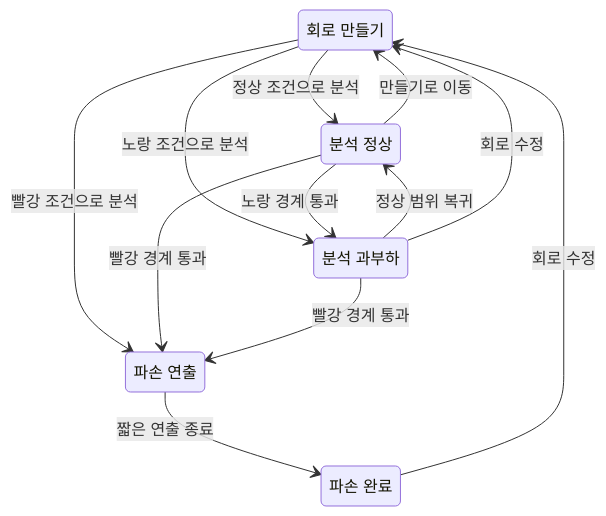
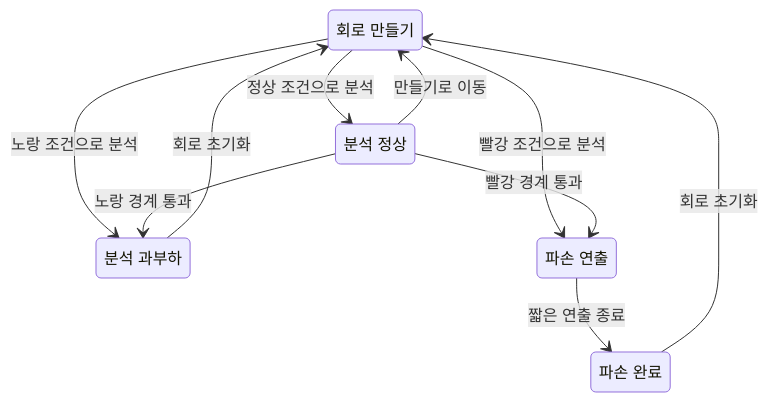
One commit to Cho-WH/circuit changed the diagram in docs/ux/diode-analysis.md. Above: the diagram before and after it, drawn with Mermaid. The commit also changed other lines of this file and 39 other files, not shown here.

````diff
--- a/docs/ux/diode-analysis.md
+++ b/docs/ux/diode-analysis.md
@@ -49,19 +49,17 @@
 ```mermaid
 stateDiagram-v2
     state "회로 만들기" as Build
     state "분석 정상" as Normal
     state "분석 과부하" as Overload
     state "파손 연출" as Breaking
     state "파손 완료" as Broken
     Build --> Normal: 정상 조건으로 분석
     Build --> Overload: 노랑 조건으로 분석
     Build --> Breaking: 빨강 조건으로 분석
     Normal --> Overload: 노랑 경계 통과
     Normal --> Breaking: 빨강 경계 통과
-    Overload --> Normal: 정상 범위 복귀
-    Overload --> Breaking: 빨강 경계 통과
     Breaking --> Broken: 짧은 연출 종료
     Normal --> Build: 만들기로 이동
-    Overload --> Build: 회로 수정
-    Broken --> Build: 회로 수정
+    Overload --> Build: 회로 초기화
+    Broken --> Build: 회로 초기화
 ```
````
